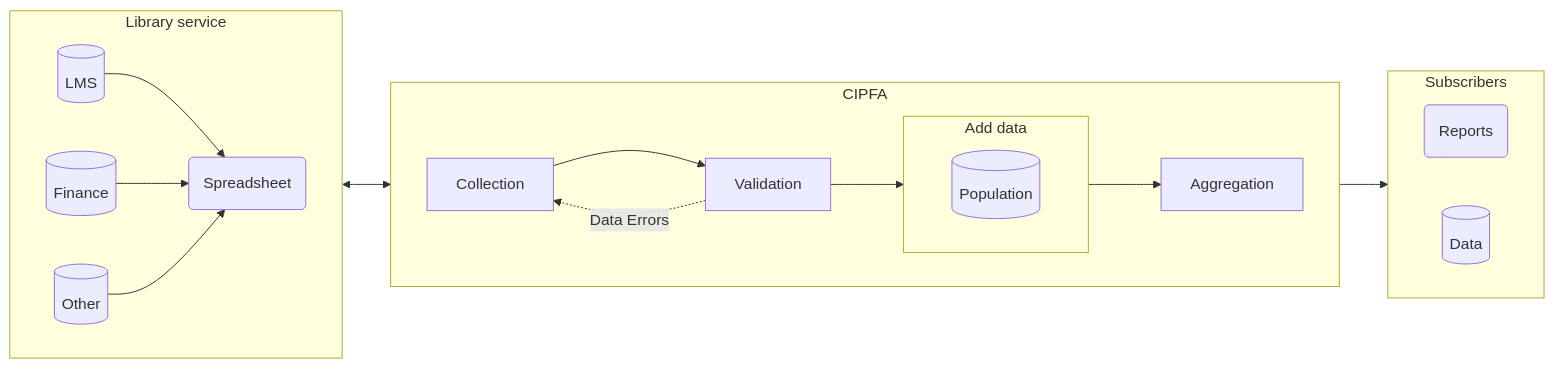
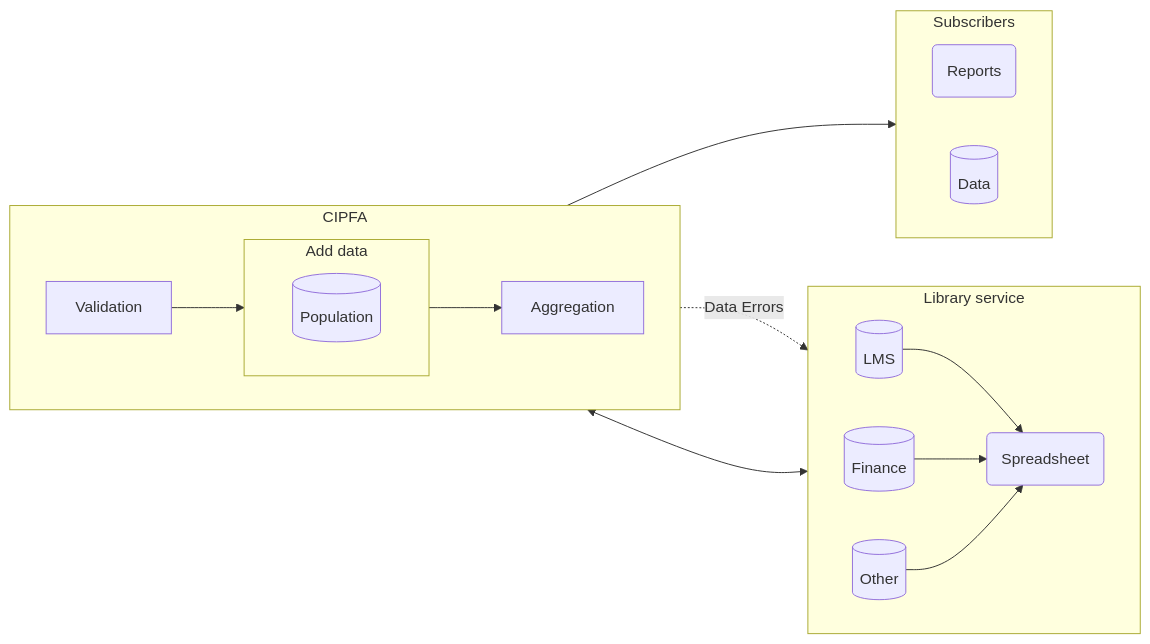
One commit to LibrariesHacked/librarieshacked.github.io changed the diagram in _posts/2021-10-25-freedom-of-information.md. Above: the diagram before and after it, drawn with Mermaid. The commit also changed other lines of this file, not shown here.

Commit message:
Update of foi post

```diff
--- a/_posts/2021-10-25-freedom-of-information.md
+++ b/_posts/2021-10-25-freedom-of-information.md
@@ -23,34 +23,32 @@
 <div class="mermaid">
     flowchart LR
         subgraph Library service
             direction LR
             lblms[(LMS)]
             lbf[(Finance)]
             lbo[(Other)]
             lb1(Spreadsheet)
         end
         subgraph CIPFA
             direction LR
-            id1[Collection]
             id2[Validation]
             subgraph id3 [Add data]
                 direction LR
                 ad1[(Population)]
             end
             id4[Aggregation]
         end
         subgraph cs [Subscribers]
             direction LR
             srp(Reports)
             data[(Data)]
         end
         lblms --> lb1
         lbf --> lb1
         lbo --> lb1
-        lb1 <--> id1
-        id1 --> id2
-        id2 -. Data Errors .-> id1
+        lb1 <--> id2
+        id2 -. Data Errors .-> lb1
         id2 --> id3
         id3 --> id4
         id4 --> cs
 </div>
```
